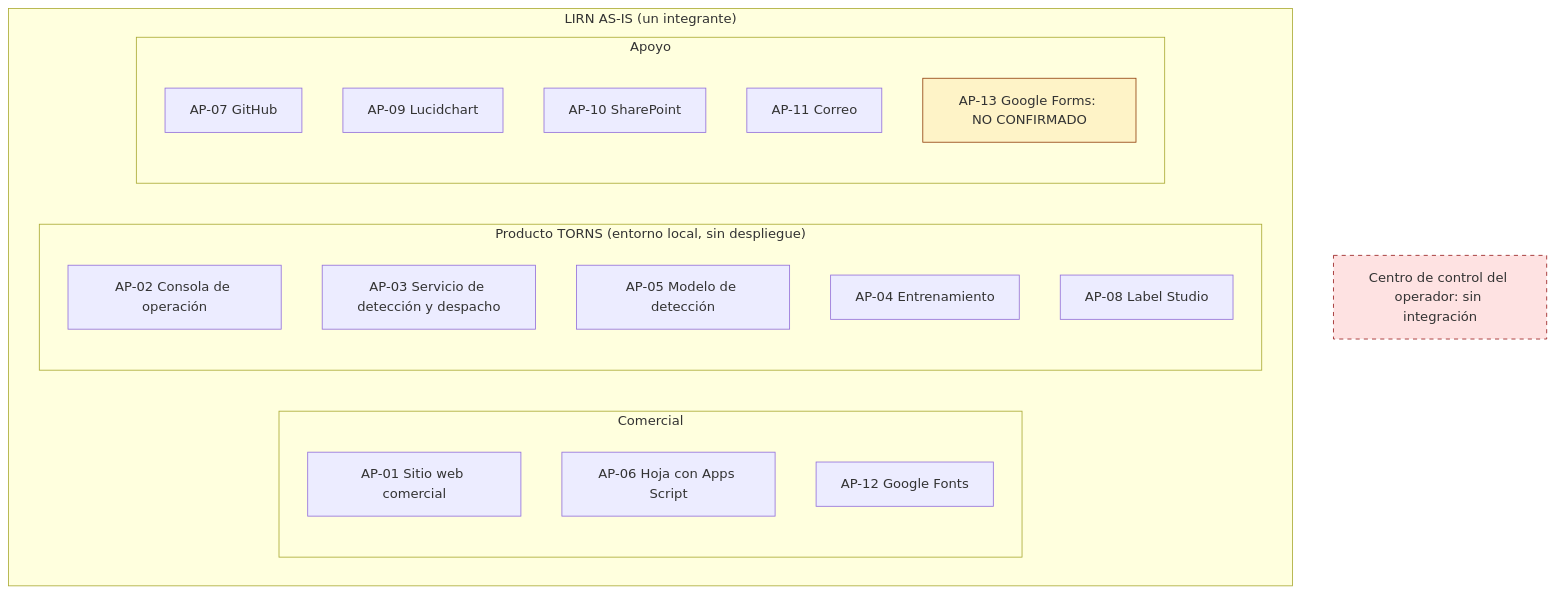
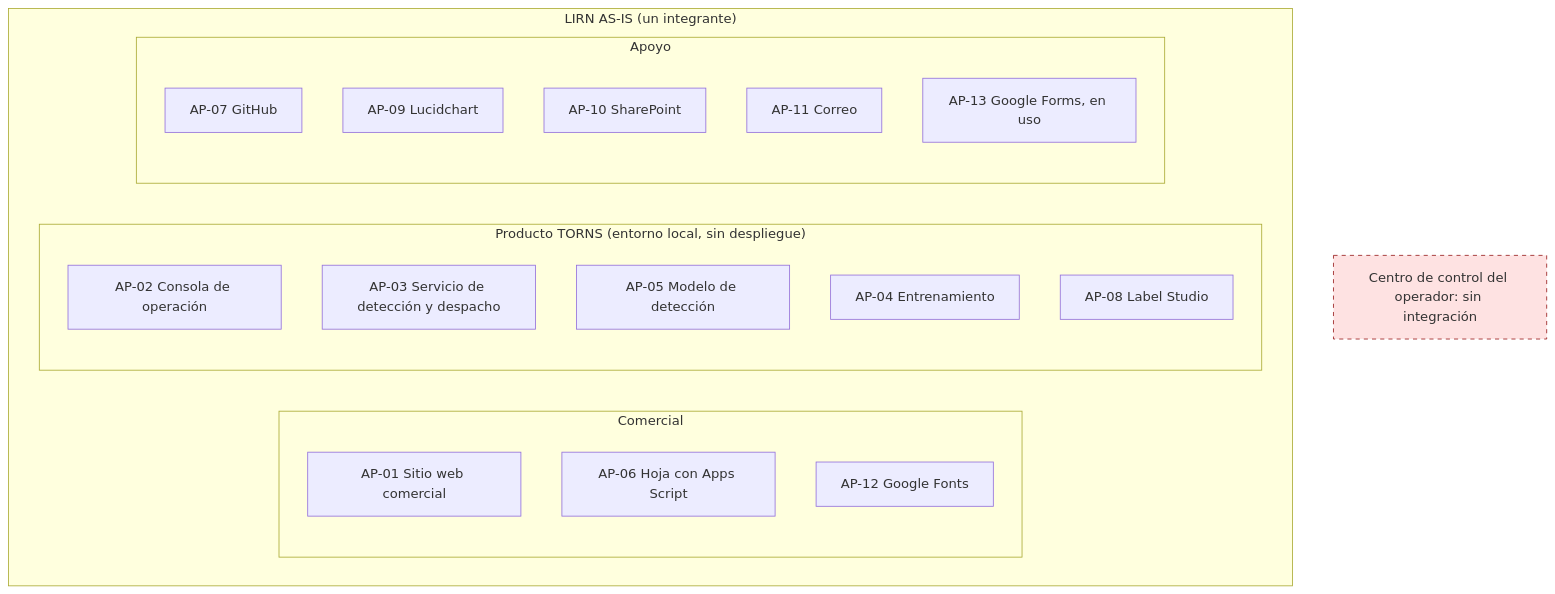
One commit to 5arSanti/tro-launcher changed the diagram in docs/ae-final-project/ondas/M3-aplicaciones/diagramas/E6a-contexto-as-is.mmd. Above: the diagram before and after it, drawn with Mermaid. The commit also changed 8 other files, not shown here.

```diff
--- a/docs/ae-final-project/ondas/M3-aplicaciones/diagramas/E6a-contexto-as-is.mmd
+++ b/docs/ae-final-project/ondas/M3-aplicaciones/diagramas/E6a-contexto-as-is.mmd
@@ -1,27 +1,25 @@
 flowchart TB
   subgraph LIRN["LIRN AS-IS (un integrante)"]
     subgraph Comercial
       AP01[AP-01 Sitio web comercial]
       AP06[AP-06 Hoja con Apps Script]
       AP12[AP-12 Google Fonts]
     end
     subgraph Producto["Producto TORNS (entorno local, sin despliegue)"]
       AP02[AP-02 Consola de operación]
       AP03[AP-03 Servicio de detección y despacho]
       AP05[AP-05 Modelo de detección]
       AP04[AP-04 Entrenamiento]
       AP08[AP-08 Label Studio]
     end
     subgraph Apoyo
       AP07[AP-07 GitHub]
       AP09[AP-09 Lucidchart]
       AP10[AP-10 SharePoint]
       AP11[AP-11 Correo]
-      AP13[AP-13 Google Forms: NO CONFIRMADO]
+      AP13[AP-13 Google Forms, en uso]
     end
   end
   EXT[Centro de control del operador: sin integración]
   classDef gap fill:#fee2e2,stroke:#991b1b,stroke-dasharray:5 5;
-  classDef nc fill:#fef3c7,stroke:#92400e;
   class EXT gap;
-  class AP13 nc;
```
